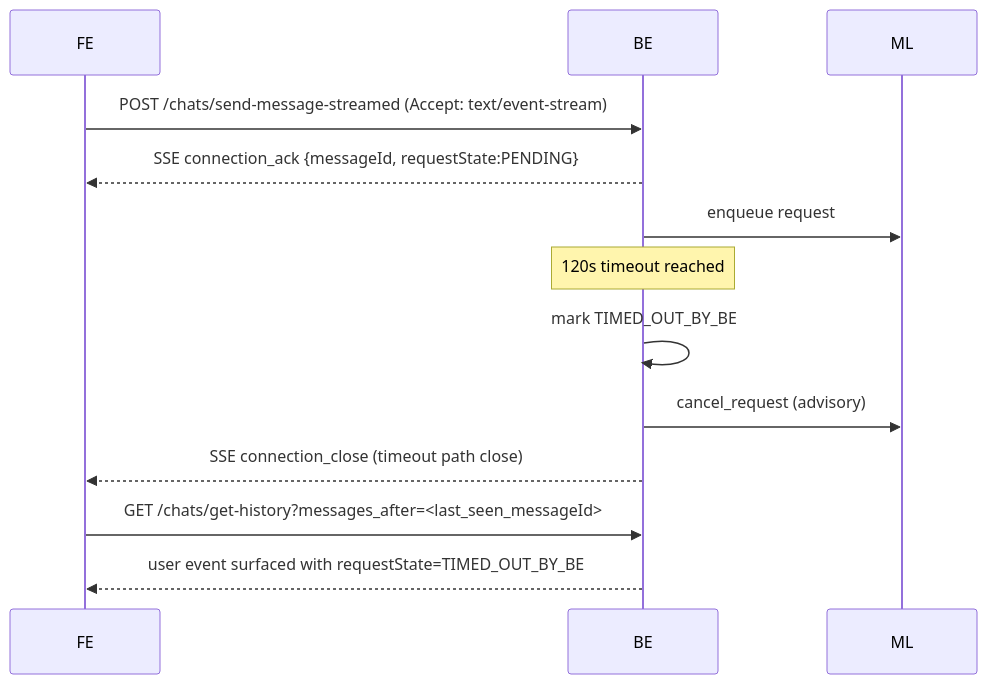
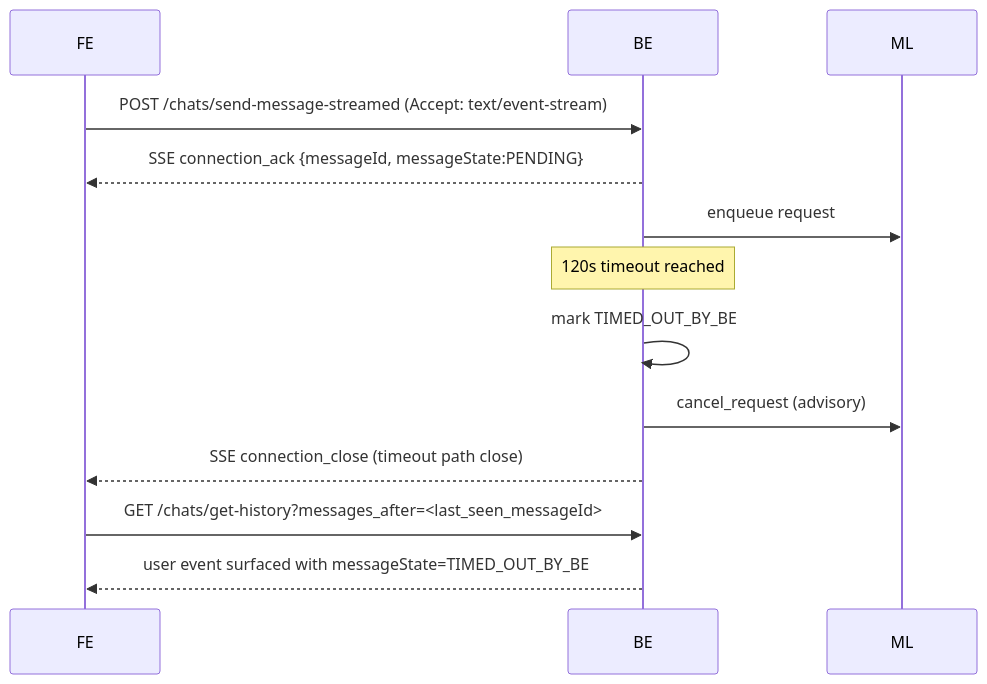
One commit to sachin-hg/chat-demo changed the second of 5 diagrams in chat_v1.md. Above: the diagram before and after it, drawn with Mermaid. The commit also changed other lines of this file and 15 other files, not shown here.

````diff
--- a/chat_v1.md
+++ b/chat_v1.md
@@ -495,18 +492,18 @@
 ```mermaid
 sequenceDiagram
     participant FE
     participant BE
     participant ML
 
     FE->>BE: POST /chats/send-message-streamed (Accept: text/event-stream)
-    BE-->>FE: SSE connection_ack {messageId, requestState:PENDING}
+    BE-->>FE: SSE connection_ack {messageId, messageState:PENDING}
     BE->>ML: enqueue request
 
     Note over BE: 120s timeout reached
     BE->>BE: mark TIMED_OUT_BY_BE
     BE->>ML: cancel_request (advisory)
     BE-->>FE: SSE connection_close (timeout path close)
     FE->>BE: GET /chats/get-history?messages_after=<last_seen_messageId>
-    BE-->>FE: user event surfaced with requestState=TIMED_OUT_BY_BE
+    BE-->>FE: user event surfaced with messageState=TIMED_OUT_BY_BE
 
 ```
````
